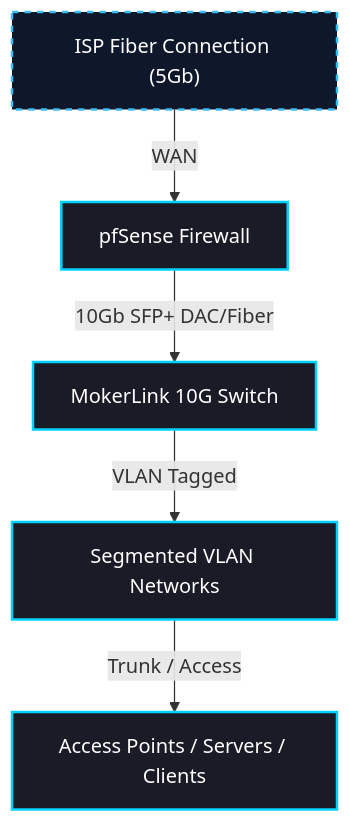
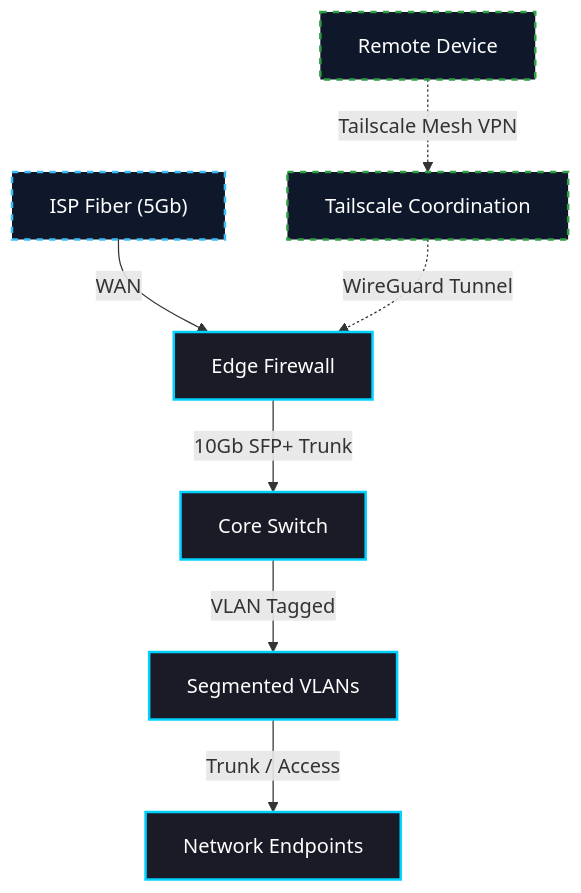
One commit to gurvinny/home-network-lab changed the first of 2 diagrams in README.md. Above: the diagram before and after it, drawn with Mermaid. The commit also changed other lines of this file and 14 other files, not shown here.

First line of the commit message:
docs: full restructure — pfSense Plus, Tailscale, DNS enforcement, SOC theme

````diff
--- a/README.md
+++ b/README.md
@@ -30,11 +31,14 @@
 ```mermaid
 graph TD
-    %% Cyber Sec Grey/Blue Theme Styling
+    %% Cyber Sec Grey/Blue Theme
     classDef hardware fill:#1a1b26,stroke:#00d2ff,stroke-width:2px,color:#ffffff;
     classDef cloud fill:#0f172a,stroke:#38bdf8,stroke-width:2px,color:#ffffff,stroke-dasharray: 5 5;
+    classDef vpn fill:#0f172a,stroke:#2ea043,stroke-width:2px,color:#ffffff,stroke-dasharray: 5 5;
 
-    ISP["ISP Fiber Connection (5Gb)"]:::cloud -->|"WAN"| FW["pfSense Firewall"]:::hardware
-    FW -->|"10Gb SFP+ DAC/Fiber"| SW["MokerLink 10G Switch"]:::hardware
-    SW -->|"VLAN Tagged"| VLANs["Segmented VLAN Networks"]:::hardware
-    VLANs -->|"Trunk / Access"| Clients["Access Points / Servers / Clients"]:::hardware
+    ISP["ISP Fiber (5Gb)"]:::cloud -->|"WAN"| FW["Edge Firewall"]:::hardware
+    Remote["Remote Device"]:::vpn -.->|"Tailscale Mesh VPN"| TS["Tailscale Coordination"]:::vpn
+    TS -.->|"WireGuard Tunnel"| FW
+    FW -->|"10Gb SFP+ Trunk"| SW["Core Switch"]:::hardware
+    SW -->|"VLAN Tagged"| VLANs["Segmented VLANs"]:::hardware
+    VLANs -->|"Trunk / Access"| Clients["Network Endpoints"]:::hardware
 ```
````
